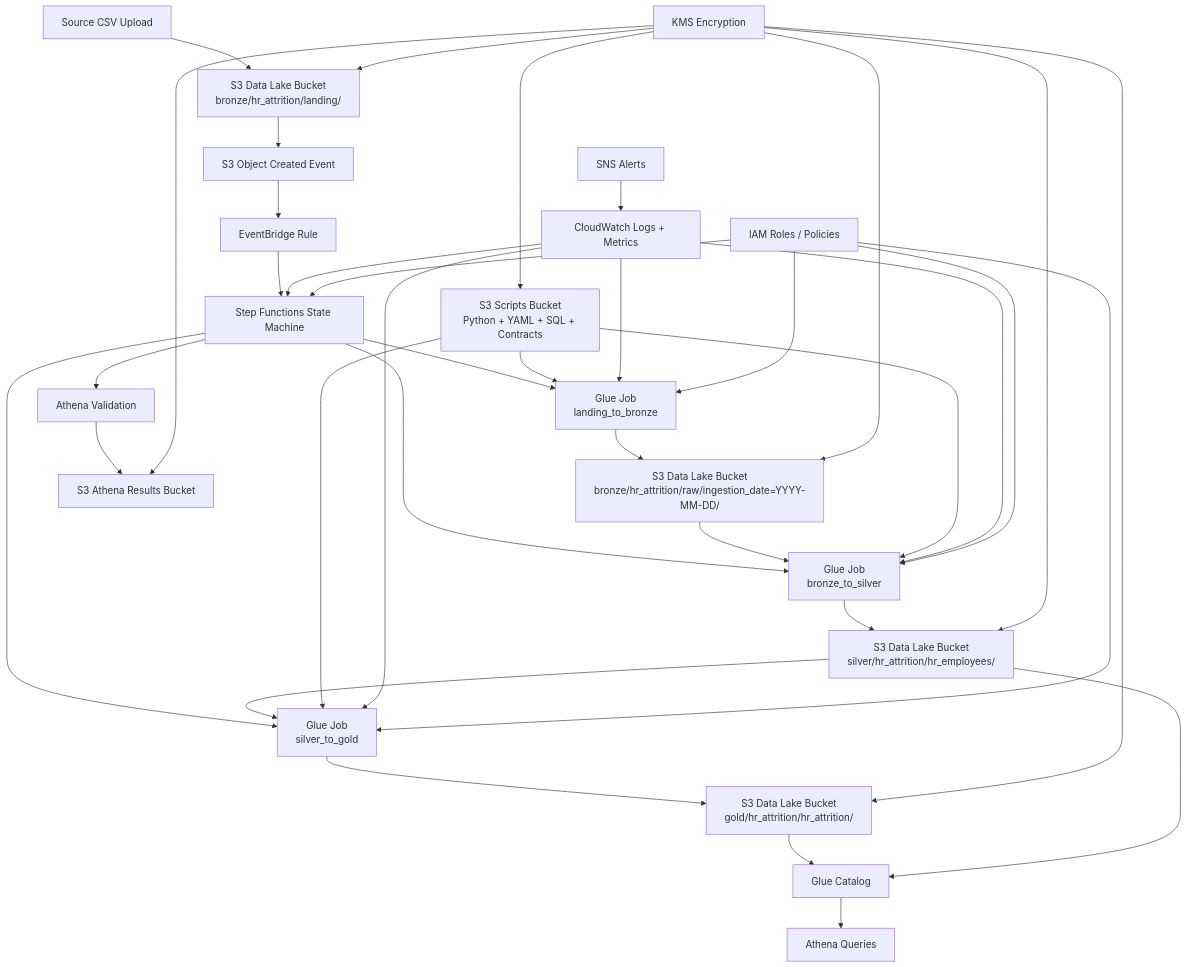
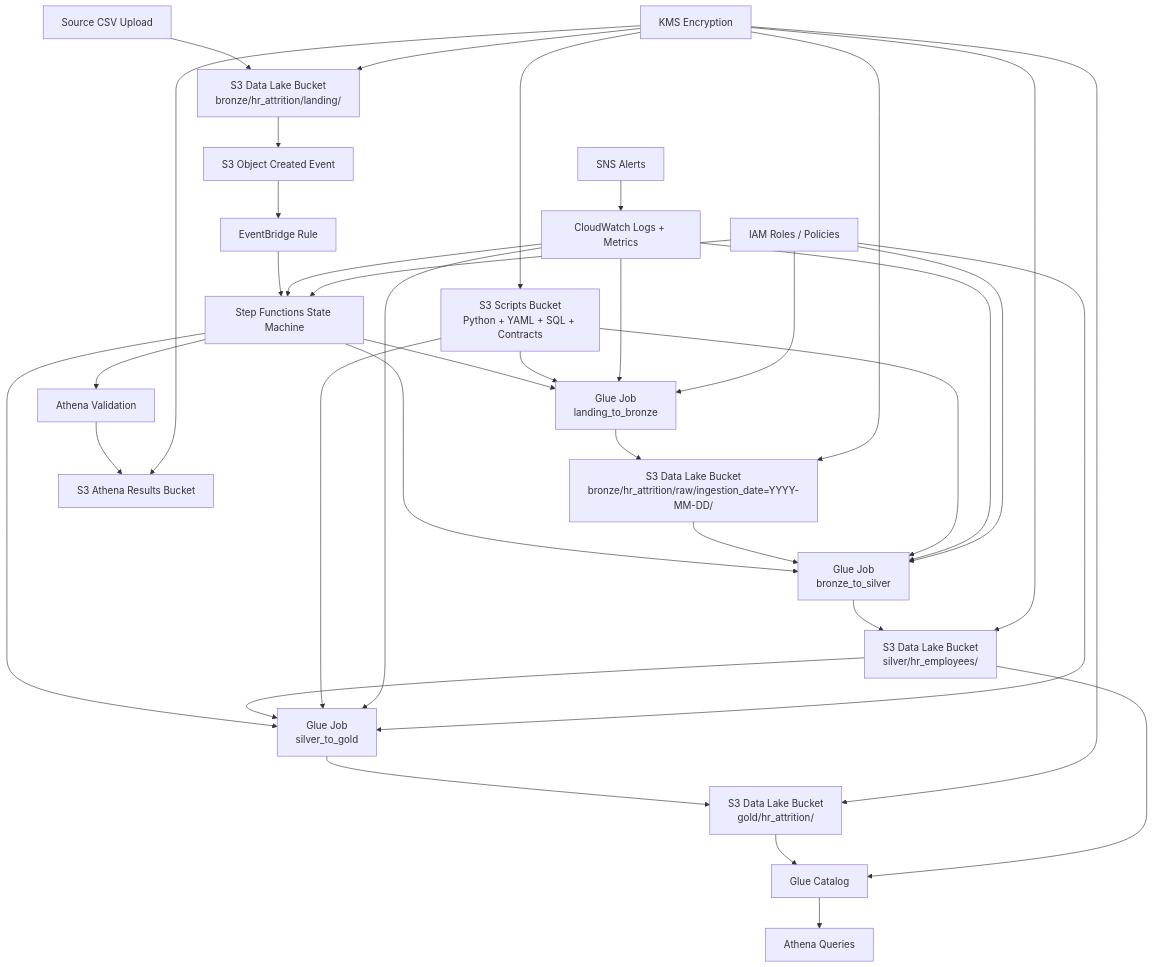
The second of 5 diagrams in docs/etl_architecture_diagram.md (Merlin2098/HR-Data-Lakehouse), drawn with Mermaid before and after one commit. The commit also changed 8 other files, not shown here.

Commit message:
simpliffied folders silver and gold naming

````diff
--- a/docs/etl_architecture_diagram.md
+++ b/docs/etl_architecture_diagram.md
@@ -22,45 +22,45 @@
 ```mermaid
 flowchart TB
     U["Source CSV Upload"] --> S3L["S3 Data Lake Bucket<br/>bronze/hr_attrition/landing/"]
     S3L --> EV["S3 Object Created Event"]
     EV --> EB["EventBridge Rule"]
     EB --> SF["Step Functions State Machine"]
 
     SF --> J1["Glue Job<br/>landing_to_bronze"]
     J1 --> S3B["S3 Data Lake Bucket<br/>bronze/hr_attrition/raw/ingestion_date=YYYY-MM-DD/"]
 
     SF --> J2["Glue Job<br/>bronze_to_silver"]
     S3B --> J2
-    J2 --> S3S["S3 Data Lake Bucket<br/>silver/hr_attrition/hr_employees/"]
+    J2 --> S3S["S3 Data Lake Bucket<br/>silver/hr_employees/"]
 
     SF --> J3["Glue Job<br/>silver_to_gold"]
     S3S --> J3
-    J3 --> S3G["S3 Data Lake Bucket<br/>gold/hr_attrition/hr_attrition/"]
+    J3 --> S3G["S3 Data Lake Bucket<br/>gold/hr_attrition/"]
 
     SF --> ATHV["Athena Validation"]
     S3G --> GC["Glue Catalog"]
     S3S --> GC
     GC --> ATH["Athena Queries"]
     ATHV --> ATHR["S3 Athena Results Bucket"]
 
     SCR["S3 Scripts Bucket<br/>Python + YAML + SQL + Contracts"] --> J1
     SCR --> J2
     SCR --> J3
 
     CW["CloudWatch Logs + Metrics"] --> SF
     CW --> J1
     CW --> J2
     CW --> J3
 
     SNS["SNS Alerts"] --> CW
     KMS["KMS Encryption"] --> S3L
     KMS --> S3B
     KMS --> S3S
     KMS --> S3G
     KMS --> SCR
     KMS --> ATHR
     IAM["IAM Roles / Policies"] --> SF
     IAM --> J1
     IAM --> J2
     IAM --> J3
 ```
````
